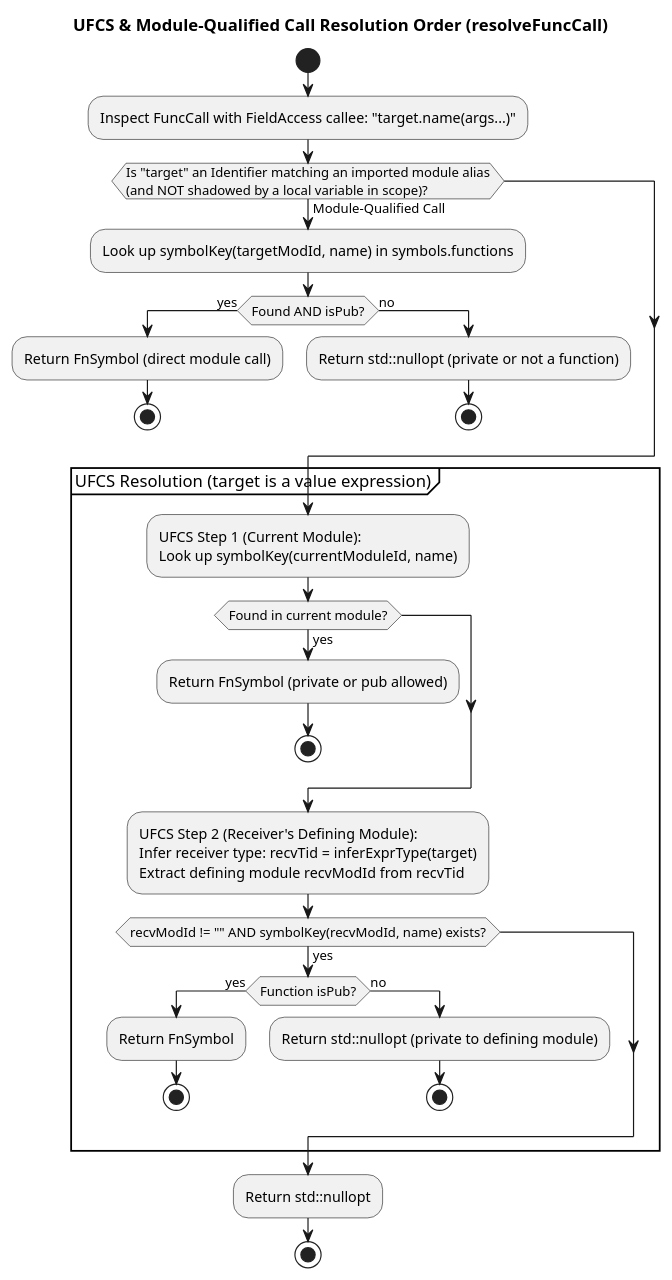
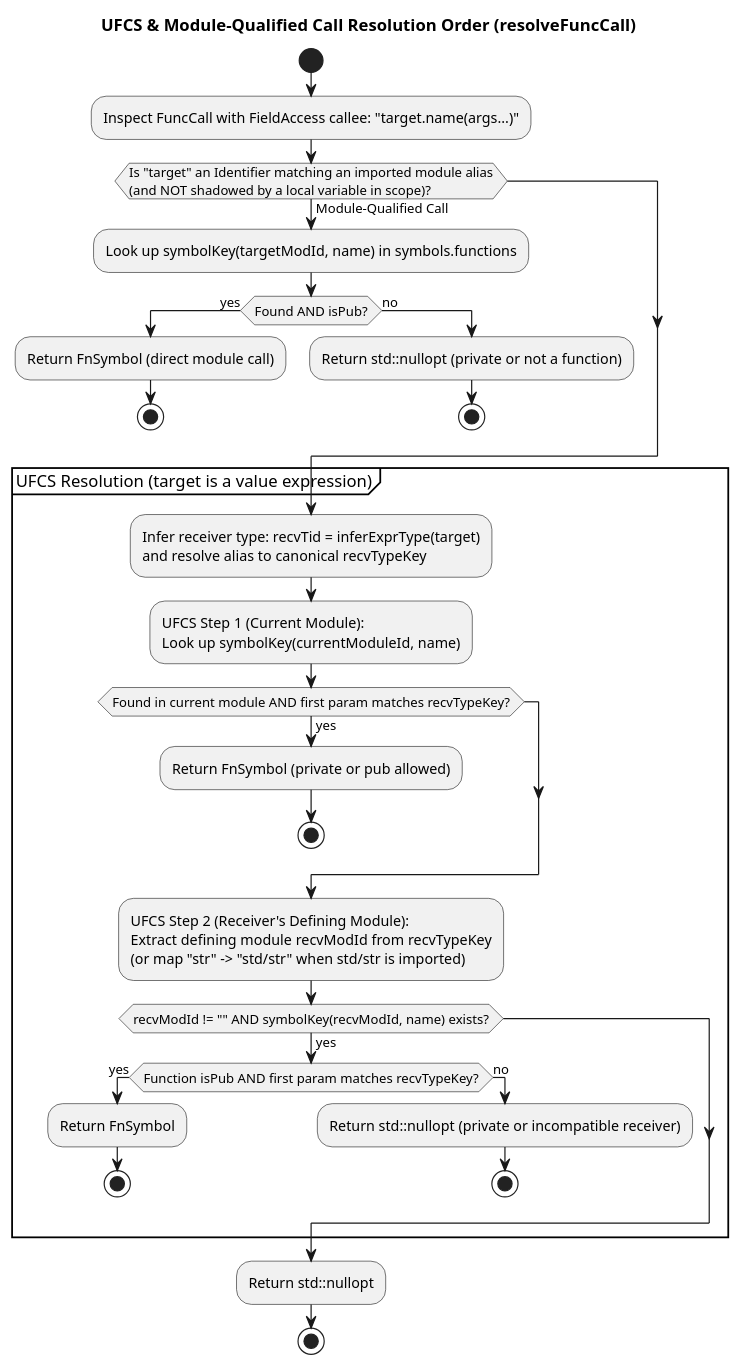
Before and after one commit to lawson89/clean_basic: the second of 2 diagrams in docs/semantic_analyzer.md, drawn with PlantUML. The commit also changed 18 other files, not shown here.

````diff
--- a/docs/semantic_analyzer.md
+++ b/docs/semantic_analyzer.md
@@ -146,48 +146,49 @@
 ```plantuml
 @startuml
 skinparam monochrome false
 title UFCS & Module-Qualified Call Resolution Order (resolveFuncCall)
 
 start
 :Inspect FuncCall with FieldAccess callee: "target.name(args...)";
 
 if (Is "target" an Identifier matching an imported module alias
 (and NOT shadowed by a local variable in scope)?) then (Module-Qualified Call)
   :Look up symbolKey(targetModId, name) in symbols.functions;
   if (Found AND isPub?) then (yes)
     :Return FnSymbol (direct module call);
     stop
   else (no)
     :Return std::nullopt (private or not a function);
     stop
   endif
 endif
 
 partition "UFCS Resolution (target is a value expression)" {
+  :Infer receiver type: recvTid = inferExprType(target)
+  and resolve alias to canonical recvTypeKey;
+
   :UFCS Step 1 (Current Module):
   Look up symbolKey(currentModuleId, name);
-  if (Found in current module?) then (yes)
+  if (Found in current module AND first param matches recvTypeKey?) then (yes)
     :Return FnSymbol (private or pub allowed);
     stop
   endif
 
   :UFCS Step 2 (Receiver's Defining Module):
-  Infer receiver type: recvTid = inferExprType(target)
-  Extract defining module recvModId from recvTid;
+  Extract defining module recvModId from recvTypeKey
+  (or map "str" -> "std/str" when std/str is imported);
   if (recvModId != "" AND symbolKey(recvModId, name) exists?) then (yes)
-    if (Function isPub?) then (yes)
+    if (Function isPub AND first param matches recvTypeKey?) then (yes)
       :Return FnSymbol;
       stop
     else (no)
-      :Return std::nullopt (private to defining module);
+      :Return std::nullopt (private or incompatible receiver);
       stop
     endif
   endif
-
-
 }
 
 :Return std::nullopt;
 stop
 @enduml
 ```
````
